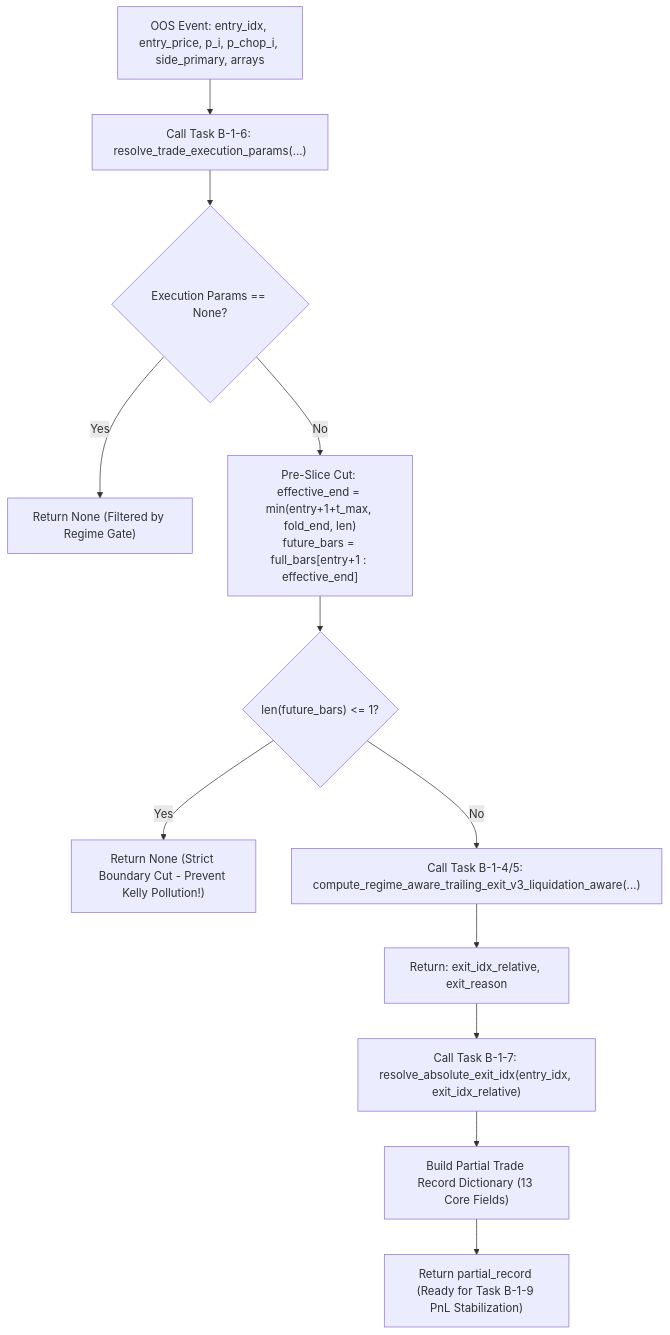
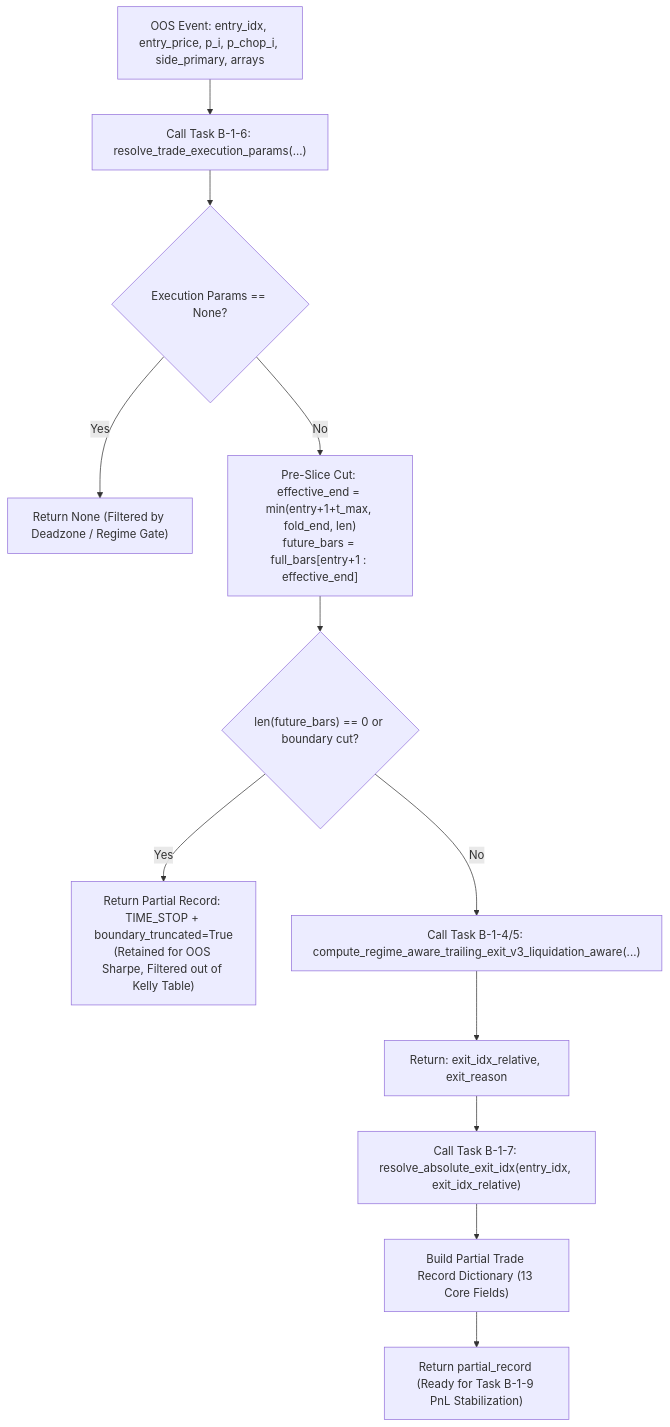
One commit to hoangcongly/1907TacticalAI changed diagram 12 of 17 in docs/engineering_audit_and_explanation_report.md. Above: the diagram before and after it, drawn with Mermaid. The commit also changed other lines of this file and 47 other files, not shown here.

Commit message:
feat(aegis): phase 2 architecture remediation - signal engine (B), circuit breaker (J), zero-leakage guards & 102 test cases

````diff
--- a/docs/engineering_audit_and_explanation_report.md
+++ b/docs/engineering_audit_and_explanation_report.md
@@ -976,17 +985,17 @@
 ```mermaid
 flowchart TD
     In["OOS Event: entry_idx, entry_price, p_i, p_chop_i, side_primary, arrays"] --> CallB16["Call Task B-1-6: resolve_trade_execution_params(...)"]
     CallB16 --> CheckB16{"Execution Params == None?"}
-    CheckB16 -->|Yes| OutNone1["Return None (Filtered by Regime Gate)"]
+    CheckB16 -->|Yes| OutNone1["Return None (Filtered by Deadzone / Regime Gate)"]
     
     CheckB16 -->|No| PreSlice["Pre-Slice Cut: effective_end = min(entry+1+t_max, fold_end, len)<br/>future_bars = full_bars[entry+1 : effective_end]"]
-    PreSlice --> CheckLen{"len(future_bars) <= 1?"}
-    CheckLen -->|Yes| OutNone2["Return None (Strict Boundary Cut - Prevent Kelly Pollution!)"]
+    PreSlice --> CheckLen{"len(future_bars) == 0 or boundary cut?"}
+    CheckLen -->|Yes| OutBoundary["Return Partial Record: TIME_STOP + boundary_truncated=True<br/>(Retained for OOS Sharpe, Filtered out of Kelly Table)"]
     
     CheckLen -->|No| CallV3["Call Task B-1-4/5: compute_regime_aware_trailing_exit_v3_liquidation_aware(...)"]
     CallV3 --> GetRel["Return: exit_idx_relative, exit_reason"]
     
     GetRel --> CallB17["Call Task B-1-7: resolve_absolute_exit_idx(entry_idx, exit_idx_relative)"]
     CallB17 --> BuildStub["Build Partial Trade Record Dictionary (13 Core Fields)"]
     BuildStub --> Out["Return partial_record (Ready for Task B-1-9 PnL Stabilization)"]
 ```
````
